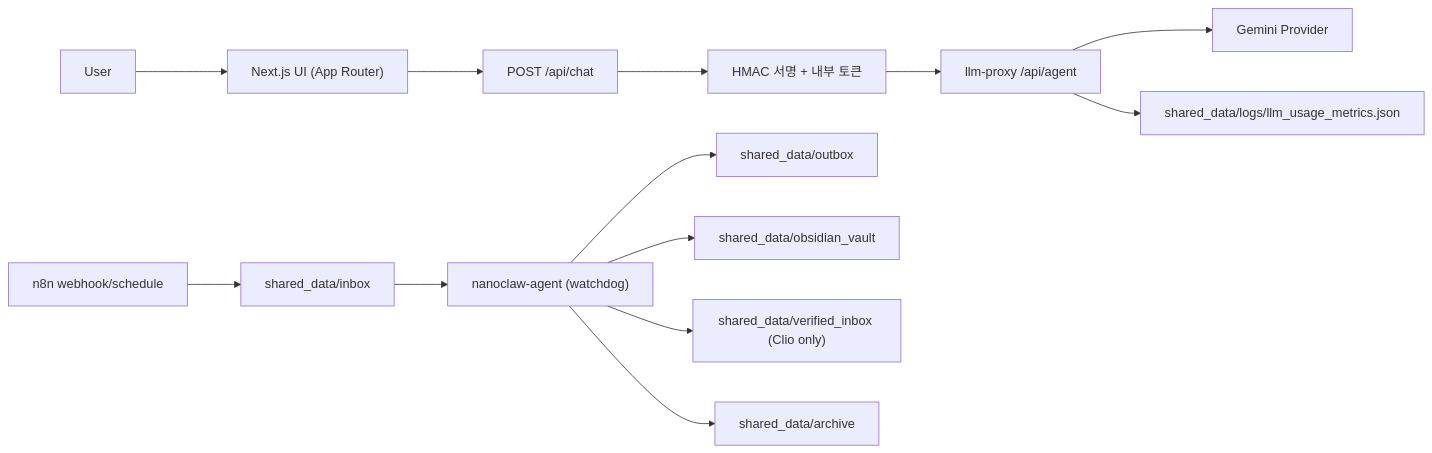
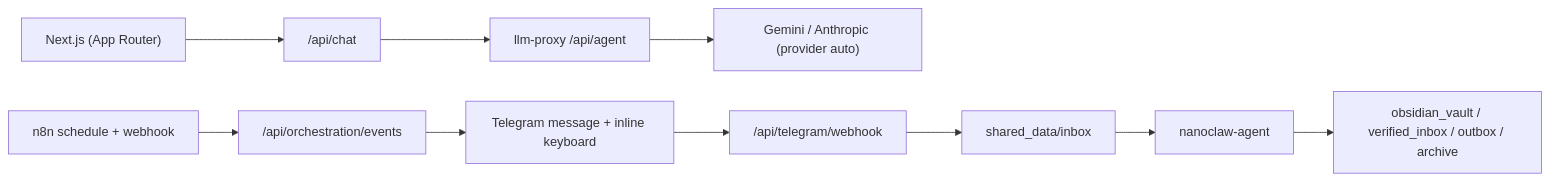
The first of 3 diagrams in docs/COMMIT_BASELINE_V2.md (Merchantlee99/Personal-AI-agent-v2), drawn with Mermaid before and after one commit. The commit also changed other lines of this file and 4 other files, not shown here.

Commit message:
docs: refresh architecture and security baseline with mermaid (#6)

````diff
--- a/docs/COMMIT_BASELINE_V2.md
+++ b/docs/COMMIT_BASELINE_V2.md
@@ -13,16 +14,13 @@
 ```mermaid
 flowchart LR
-  U["User"] --> FE["Next.js UI (App Router)"]
-  FE --> CHAT["POST /api/chat"]
-  CHAT --> SIGN["HMAC 서명 + 내부 토큰"]
-  SIGN --> PROXY["llm-proxy /api/agent"]
-  PROXY --> LLM["Gemini Provider"]
-  PROXY --> METRICS["shared_data/logs/llm_usage_metrics.json"]
+  FE["Next.js (App Router)"] --> CHAT["/api/chat"]
+  CHAT --> PX["llm-proxy /api/agent"]
+  PX --> LLM["Gemini / Anthropic (provider auto)"]
 
-  N8N["n8n webhook/schedule"] --> INBOX["shared_data/inbox"]
-  INBOX --> AGENT["nanoclaw-agent (watchdog)"]
-  AGENT --> OUTBOX["shared_data/outbox"]
-  AGENT --> VAULT["shared_data/obsidian_vault"]
-  AGENT --> VERIFIED["shared_data/verified_inbox (Clio only)"]
-  AGENT --> ARCHIVE["shared_data/archive"]
+  N8N["n8n schedule + webhook"] --> ORCH["/api/orchestration/events"]
+  ORCH --> TG["Telegram message + inline keyboard"]
+  TG --> TGC["/api/telegram/webhook"]
+  TGC --> INBOX["shared_data/inbox"]
+  INBOX --> AG["nanoclaw-agent"]
+  AG --> VAULT["obsidian_vault / verified_inbox / outbox / archive"]
 ```
````
